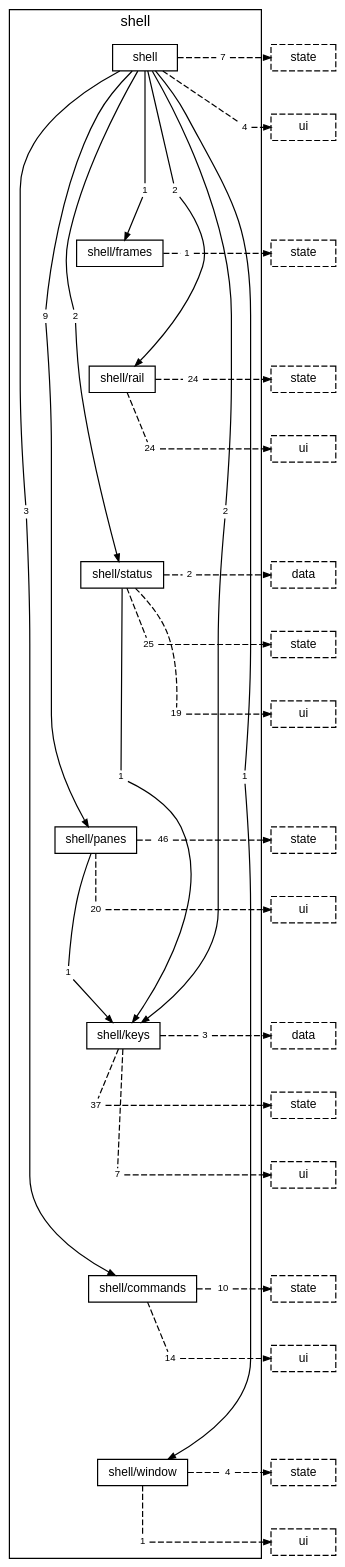
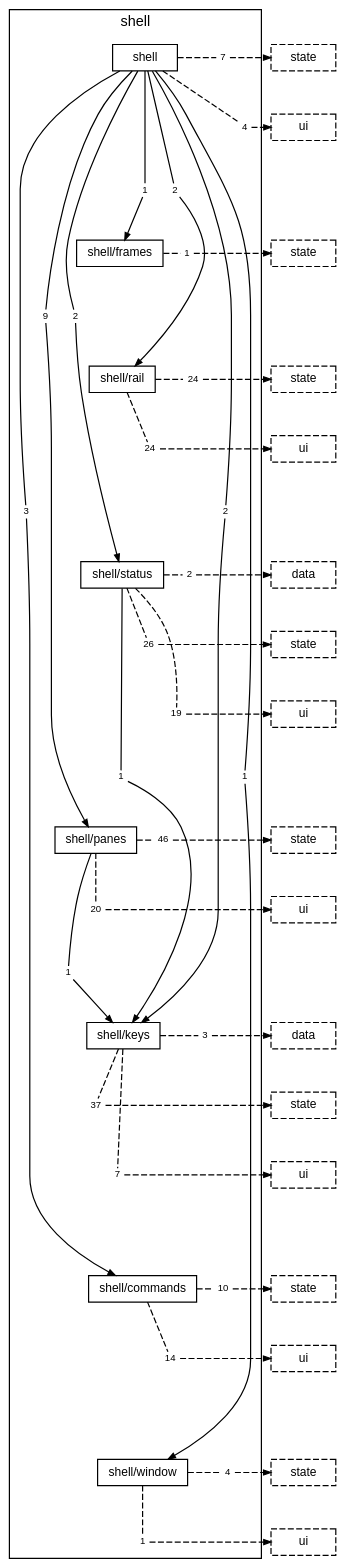
The diagram in docs/diagrams/layer-shell.dot (TheAxeC/oculus), drawn with Graphviz before and after one commit. The commit also changed 40 other files, not shown here.

```diff
--- a/docs/diagrams/layer-shell.dot
+++ b/docs/diagrams/layer-shell.dot
@@ -1,135 +1,135 @@
 digraph layer_shell {
     graph [bgcolor="transparent", rankdir=TB, newrank=true, mclimit=4, fontname="Helvetica,Arial,sans-serif", fontsize=12, nodesep=0.2, ranksep=0.5];
     node [shape=box, color="black", fontcolor="black", fontname="Helvetica,Arial,sans-serif", fontsize=10, height=0.3, margin="0.12,0.04"];
     edge [color="black", fontcolor="black", fontname="Helvetica,Arial,sans-serif", fontsize=8, arrowsize=0.6];
     subgraph "cluster_shell" {
         label="shell"; style=solid;
         "folder shell" [label="shell"];
         "folder shell/frames" [label="shell/frames"];
         "folder shell/rail" [label="shell/rail"];
         "folder shell/status" [label="shell/status"];
         "folder shell/panes" [label="shell/panes"];
         "folder shell/keys" [label="shell/keys"];
         "folder shell/commands" [label="shell/commands"];
         "folder shell/window" [label="shell/window"];
         "folder shell to folder shell/commands" [label="3", shape=box, color="transparent", fontsize=8, width=0, height=0, margin="0.04,0.02"];
         "folder shell to folder shell/frames" [label="1", shape=box, color="transparent", fontsize=8, width=0, height=0, margin="0.04,0.02"];
         "folder shell to folder shell/keys" [label="2", shape=box, color="transparent", fontsize=8, width=0, height=0, margin="0.04,0.02"];
         "folder shell to folder shell/panes" [label="9", shape=box, color="transparent", fontsize=8, width=0, height=0, margin="0.04,0.02"];
         "folder shell to folder shell/rail" [label="2", shape=box, color="transparent", fontsize=8, width=0, height=0, margin="0.04,0.02"];
         "folder shell to folder shell/status" [label="2", shape=box, color="transparent", fontsize=8, width=0, height=0, margin="0.04,0.02"];
         "folder shell to folder shell/window" [label="1", shape=box, color="transparent", fontsize=8, width=0, height=0, margin="0.04,0.02"];
         "folder shell to layer state" [label="7", shape=box, color="transparent", fontsize=8, width=0, height=0, margin="0.04,0.02"];
         "folder shell to layer ui" [label="4", shape=box, color="transparent", fontsize=8, width=0, height=0, margin="0.04,0.02"];
         "folder shell/frames to layer state" [label="1", shape=box, color="transparent", fontsize=8, width=0, height=0, margin="0.04,0.02"];
         "folder shell/rail to layer state" [label="24", shape=box, color="transparent", fontsize=8, width=0, height=0, margin="0.04,0.02"];
         "folder shell/rail to layer ui" [label="24", shape=box, color="transparent", fontsize=8, width=0, height=0, margin="0.04,0.02"];
         "folder shell/status to folder shell/keys" [label="1", shape=box, color="transparent", fontsize=8, width=0, height=0, margin="0.04,0.02"];
         "folder shell/status to layer data" [label="2", shape=box, color="transparent", fontsize=8, width=0, height=0, margin="0.04,0.02"];
-        "folder shell/status to layer state" [label="25", shape=box, color="transparent", fontsize=8, width=0, height=0, margin="0.04,0.02"];
+        "folder shell/status to layer state" [label="26", shape=box, color="transparent", fontsize=8, width=0, height=0, margin="0.04,0.02"];
         "folder shell/status to layer ui" [label="19", shape=box, color="transparent", fontsize=8, width=0, height=0, margin="0.04,0.02"];
         "folder shell/panes to folder shell/keys" [label="1", shape=box, color="transparent", fontsize=8, width=0, height=0, margin="0.04,0.02"];
         "folder shell/panes to layer state" [label="46", shape=box, color="transparent", fontsize=8, width=0, height=0, margin="0.04,0.02"];
         "folder shell/panes to layer ui" [label="20", shape=box, color="transparent", fontsize=8, width=0, height=0, margin="0.04,0.02"];
         "folder shell/keys to layer data" [label="3", shape=box, color="transparent", fontsize=8, width=0, height=0, margin="0.04,0.02"];
         "folder shell/keys to layer state" [label="37", shape=box, color="transparent", fontsize=8, width=0, height=0, margin="0.04,0.02"];
         "folder shell/keys to layer ui" [label="7", shape=box, color="transparent", fontsize=8, width=0, height=0, margin="0.04,0.02"];
         "folder shell/commands to layer state" [label="10", shape=box, color="transparent", fontsize=8, width=0, height=0, margin="0.04,0.02"];
         "folder shell/commands to layer ui" [label="14", shape=box, color="transparent", fontsize=8, width=0, height=0, margin="0.04,0.02"];
         "folder shell/window to layer state" [label="4", shape=box, color="transparent", fontsize=8, width=0, height=0, margin="0.04,0.02"];
         "folder shell/window to layer ui" [label="1", shape=box, color="transparent", fontsize=8, width=0, height=0, margin="0.04,0.02"];
     }
     "layer state from folder shell" [label="state", style=dashed];
     "layer ui from folder shell" [label="ui", style=dashed];
     "layer state from folder shell/frames" [label="state", style=dashed];
     "layer state from folder shell/rail" [label="state", style=dashed];
     "layer ui from folder shell/rail" [label="ui", style=dashed];
     "layer data from folder shell/status" [label="data", style=dashed];
     "layer state from folder shell/status" [label="state", style=dashed];
     "layer ui from folder shell/status" [label="ui", style=dashed];
     "layer state from folder shell/panes" [label="state", style=dashed];
     "layer ui from folder shell/panes" [label="ui", style=dashed];
     "layer data from folder shell/keys" [label="data", style=dashed];
     "layer state from folder shell/keys" [label="state", style=dashed];
     "layer ui from folder shell/keys" [label="ui", style=dashed];
     "layer state from folder shell/commands" [label="state", style=dashed];
     "layer ui from folder shell/commands" [label="ui", style=dashed];
     "layer state from folder shell/window" [label="state", style=dashed];
     "layer ui from folder shell/window" [label="ui", style=dashed];
     "folder shell" -> "folder shell/frames" [style=invis, weight=10, minlen=3];
     "folder shell/frames" -> "folder shell/rail" [style=invis, weight=10, minlen=2];
     "folder shell/rail" -> "folder shell/status" [style=invis, weight=10, minlen=3];
     "folder shell/status" -> "folder shell/panes" [style=invis, weight=10, minlen=4];
     "folder shell/panes" -> "folder shell/keys" [style=invis, weight=10, minlen=3];
     "folder shell/keys" -> "folder shell/commands" [style=invis, weight=10, minlen=4];
     "folder shell/commands" -> "folder shell/window" [style=invis, weight=10, minlen=3];
     "folder shell" -> "folder shell to folder shell/commands" [arrowhead=none, minlen=7, weight=10];
     "folder shell to folder shell/commands" -> "folder shell/commands" [];
     "folder shell" -> "folder shell to folder shell/frames" [arrowhead=none, minlen=2, weight=10];
     "folder shell to folder shell/frames" -> "folder shell/frames" [];
     "folder shell" -> "folder shell to folder shell/keys" [arrowhead=none, minlen=7, weight=10];
     "folder shell to folder shell/keys" -> "folder shell/keys" [];
     "folder shell" -> "folder shell to folder shell/panes" [arrowhead=none, minlen=4, weight=10];
     "folder shell to folder shell/panes" -> "folder shell/panes" [];
     "folder shell" -> "folder shell to folder shell/rail" [arrowhead=none, minlen=2, weight=10];
     "folder shell to folder shell/rail" -> "folder shell/rail" [];
     "folder shell" -> "folder shell to folder shell/status" [arrowhead=none, minlen=4, weight=10];
     "folder shell to folder shell/status" -> "folder shell/status" [];
     "folder shell" -> "folder shell to folder shell/window" [arrowhead=none, minlen=11, weight=10];
     "folder shell to folder shell/window" -> "folder shell/window" [];
     "folder shell" -> "folder shell to layer state" [arrowhead=none, style=dashed];
     "folder shell to layer state" -> "layer state from folder shell" [style=dashed];
     { rank=same; "folder shell"; "folder shell to layer state"; "layer state from folder shell"; }
     "folder shell" -> "folder shell to layer ui" [arrowhead=none, style=dashed, minlen=1, weight=10];
     "folder shell to layer ui" -> "layer ui from folder shell" [style=dashed];
     { rank=same; "folder shell to layer ui"; "layer ui from folder shell"; }
     "folder shell/frames" -> "folder shell/frames to layer state" [arrowhead=none, style=dashed];
     "folder shell/frames to layer state" -> "layer state from folder shell/frames" [style=dashed];
     { rank=same; "folder shell/frames"; "folder shell/frames to layer state"; "layer state from folder shell/frames"; }
     "folder shell/rail" -> "folder shell/rail to layer state" [arrowhead=none, style=dashed];
     "folder shell/rail to layer state" -> "layer state from folder shell/rail" [style=dashed];
     { rank=same; "folder shell/rail"; "folder shell/rail to layer state"; "layer state from folder shell/rail"; }
     "folder shell/rail" -> "folder shell/rail to layer ui" [arrowhead=none, style=dashed, minlen=1, weight=10];
     "folder shell/rail to layer ui" -> "layer ui from folder shell/rail" [style=dashed];
     { rank=same; "folder shell/rail to layer ui"; "layer ui from folder shell/rail"; }
     "folder shell/status" -> "folder shell/status to folder shell/keys" [arrowhead=none, minlen=3, weight=10];
     "folder shell/status to folder shell/keys" -> "folder shell/keys" [];
     "folder shell/status" -> "folder shell/status to layer data" [arrowhead=none, style=dashed];
     "folder shell/status to layer data" -> "layer data from folder shell/status" [style=dashed];
     { rank=same; "folder shell/status"; "folder shell/status to layer data"; "layer data from folder shell/status"; }
     "folder shell/status" -> "folder shell/status to layer state" [arrowhead=none, style=dashed, minlen=1, weight=10];
     "folder shell/status to layer state" -> "layer state from folder shell/status" [style=dashed];
     { rank=same; "folder shell/status to layer state"; "layer state from folder shell/status"; }
     "folder shell/status" -> "folder shell/status to layer ui" [arrowhead=none, style=dashed, minlen=2, weight=10];
     "folder shell/status to layer ui" -> "layer ui from folder shell/status" [style=dashed];
     { rank=same; "folder shell/status to layer ui"; "layer ui from folder shell/status"; }
     "folder shell/panes" -> "folder shell/panes to folder shell/keys" [arrowhead=none, minlen=2, weight=10];
     "folder shell/panes to folder shell/keys" -> "folder shell/keys" [];
     "folder shell/panes" -> "folder shell/panes to layer state" [arrowhead=none, style=dashed];
     "folder shell/panes to layer state" -> "layer state from folder shell/panes" [style=dashed];
     { rank=same; "folder shell/panes"; "folder shell/panes to layer state"; "layer state from folder shell/panes"; }
     "folder shell/panes" -> "folder shell/panes to layer ui" [arrowhead=none, style=dashed, minlen=1, weight=10];
     "folder shell/panes to layer ui" -> "layer ui from folder shell/panes" [style=dashed];
     { rank=same; "folder shell/panes to layer ui"; "layer ui from folder shell/panes"; }
     "folder shell/keys" -> "folder shell/keys to layer data" [arrowhead=none, style=dashed];
     "folder shell/keys to layer data" -> "layer data from folder shell/keys" [style=dashed];
     { rank=same; "folder shell/keys"; "folder shell/keys to layer data"; "layer data from folder shell/keys"; }
     "folder shell/keys" -> "folder shell/keys to layer state" [arrowhead=none, style=dashed, minlen=1, weight=10];
     "folder shell/keys to layer state" -> "layer state from folder shell/keys" [style=dashed];
     { rank=same; "folder shell/keys to layer state"; "layer state from folder shell/keys"; }
     "folder shell/keys" -> "folder shell/keys to layer ui" [arrowhead=none, style=dashed, minlen=2, weight=10];
     "folder shell/keys to layer ui" -> "layer ui from folder shell/keys" [style=dashed];
     { rank=same; "folder shell/keys to layer ui"; "layer ui from folder shell/keys"; }
     "folder shell/commands" -> "folder shell/commands to layer state" [arrowhead=none, style=dashed];
     "folder shell/commands to layer state" -> "layer state from folder shell/commands" [style=dashed];
     { rank=same; "folder shell/commands"; "folder shell/commands to layer state"; "layer state from folder shell/commands"; }
     "folder shell/commands" -> "folder shell/commands to layer ui" [arrowhead=none, style=dashed, minlen=1, weight=10];
     "folder shell/commands to layer ui" -> "layer ui from folder shell/commands" [style=dashed];
     { rank=same; "folder shell/commands to layer ui"; "layer ui from folder shell/commands"; }
     "folder shell/window" -> "folder shell/window to layer state" [arrowhead=none, style=dashed];
     "folder shell/window to layer state" -> "layer state from folder shell/window" [style=dashed];
     { rank=same; "folder shell/window"; "folder shell/window to layer state"; "layer state from folder shell/window"; }
     "folder shell/window" -> "folder shell/window to layer ui" [arrowhead=none, style=dashed, minlen=1, weight=10];
     "folder shell/window to layer ui" -> "layer ui from folder shell/window" [style=dashed];
     { rank=same; "folder shell/window to layer ui"; "layer ui from folder shell/window"; }
 }
```
